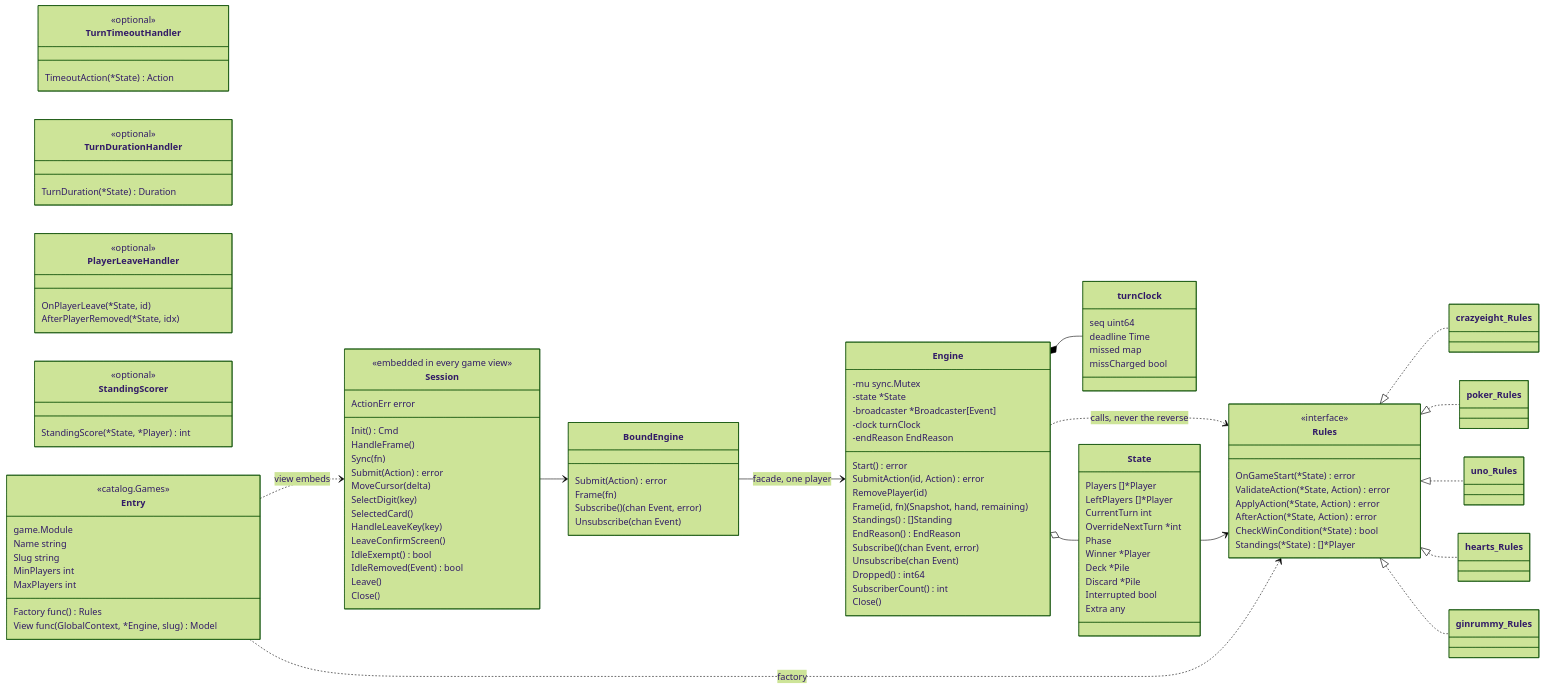
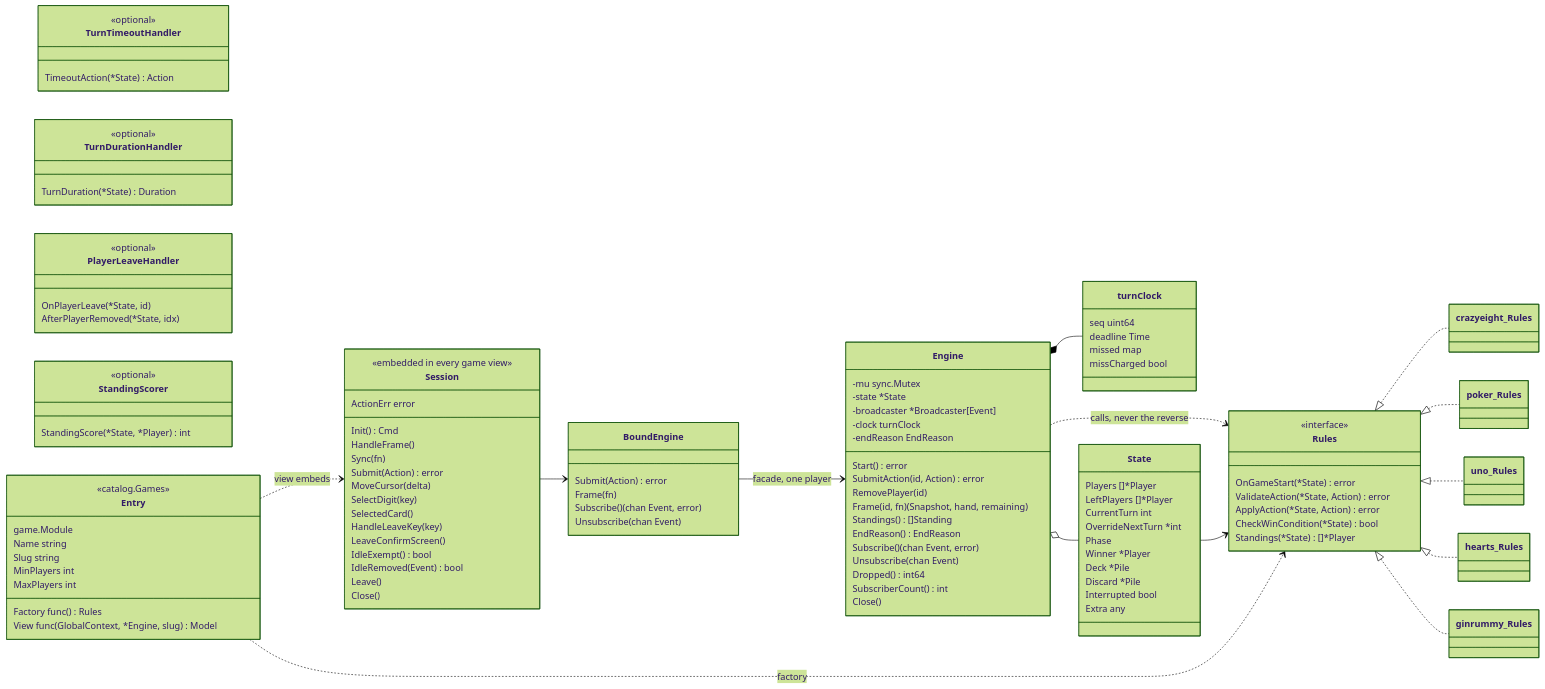
Before and after one commit to Pieczasz/tty-cards: the tenth of 11 diagrams in docs/codebase-map.md, drawn with Mermaid (forest theme). The commit also changed other lines of this file and 24 other files, not shown here.

Commit message:
refactor(game): merge AfterAction into ApplyAction

```diff
--- a/docs/codebase-map.md
+++ b/docs/codebase-map.md
@@ -351,7 +350,6 @@
         OnGameStart(*State) error
         ValidateAction(*State, Action) error
         ApplyAction(*State, Action) error
-        AfterAction(*State, Action) error
         CheckWinCondition(*State) bool
         Standings(*State) []*Player
     }
```
